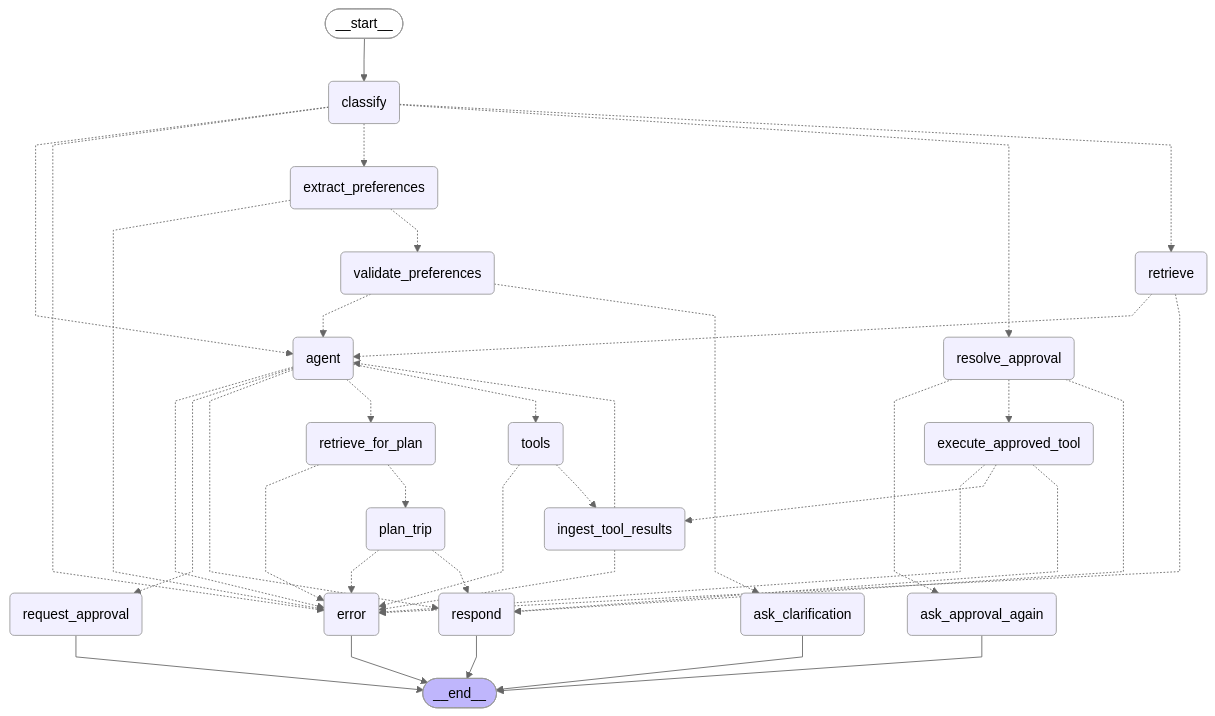
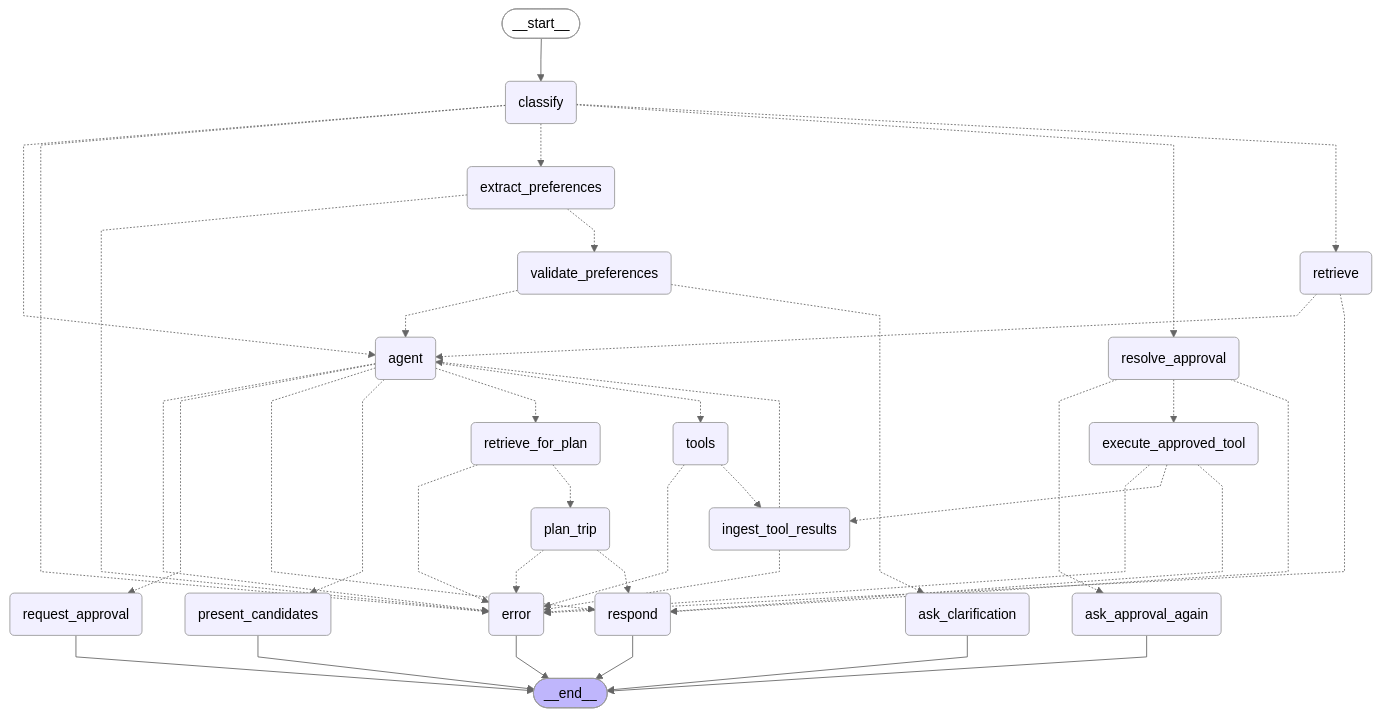
The diagram in docs/graph.mmd (KDJ0899/test), drawn with Mermaid (neutral theme) before and after one commit. The commit also changed 11 other files, not shown here.

```diff
--- a/docs/graph.mmd
+++ b/docs/graph.mmd
@@ -1,63 +1,66 @@
 ---
 config:
   flowchart:
     curve: linear
 ---
 graph TD;
 	__start__([<p>__start__</p>]):::first
 	classify(classify)
 	extract_preferences(extract_preferences)
 	validate_preferences(validate_preferences)
 	ask_clarification(ask_clarification)
 	retrieve(retrieve)
 	retrieve_for_plan(retrieve_for_plan)
+	present_candidates(present_candidates)
 	agent(agent)
 	tools(tools)
 	ingest_tool_results(ingest_tool_results)
 	plan_trip(plan_trip)
 	request_approval(request_approval)
 	resolve_approval(resolve_approval)
 	ask_approval_again(ask_approval_again)
 	execute_approved_tool(execute_approved_tool)
 	respond(respond)
 	error(error)
 	__end__([<p>__end__</p>]):::last
 	__start__ --> classify;
 	agent -.-> error;
 	agent -.-> request_approval;
 	agent -.-> respond;
+	agent -.-> present_candidates;
 	agent -.-> retrieve_for_plan;
+	present_candidates --> __end__;
 	agent -.-> tools;
 	classify -.-> agent;
 	classify -.-> error;
 	classify -.-> extract_preferences;
 	classify -.-> resolve_approval;
 	classify -.-> retrieve;
 	execute_approved_tool -.-> error;
 	execute_approved_tool -.-> ingest_tool_results;
 	execute_approved_tool -.-> respond;
 	extract_preferences -.-> error;
 	extract_preferences -.-> validate_preferences;
 	ingest_tool_results -.-> agent;
 	ingest_tool_results -.-> error;
 	plan_trip -.-> error;
 	plan_trip -.-> respond;
 	resolve_approval -.-> ask_approval_again;
 	resolve_approval -.-> execute_approved_tool;
 	resolve_approval -.-> respond;
 	retrieve -.-> agent;
 	retrieve -.-> error;
 	retrieve_for_plan -.-> error;
 	retrieve_for_plan -.-> plan_trip;
 	tools -.-> error;
 	tools -.-> ingest_tool_results;
 	validate_preferences -.-> agent;
 	validate_preferences -.-> ask_clarification;
 	ask_approval_again --> __end__;
 	ask_clarification --> __end__;
 	error --> __end__;
 	request_approval --> __end__;
 	respond --> __end__;
 	classDef default fill:#f2f0ff,line-height:1.2
 	classDef first fill-opacity:0
 	classDef last fill:#bfb6fc
```
